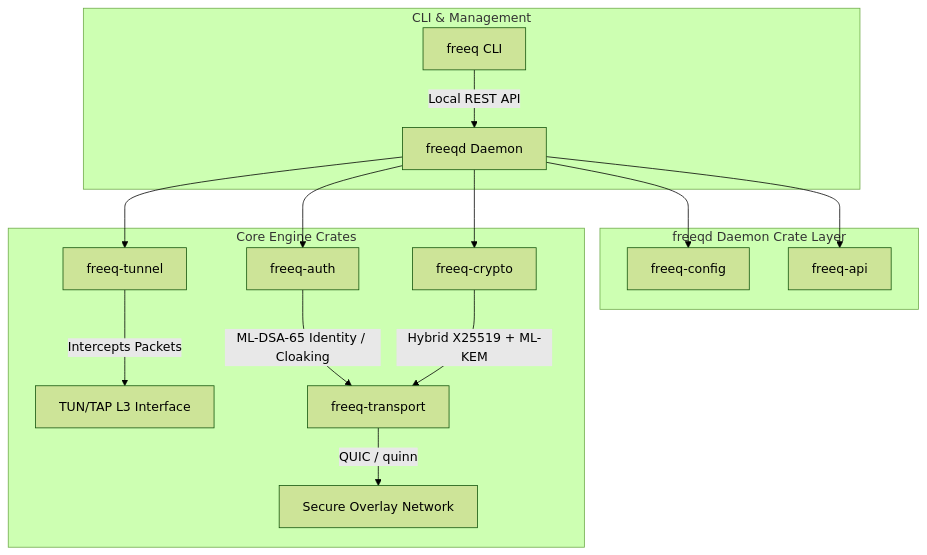
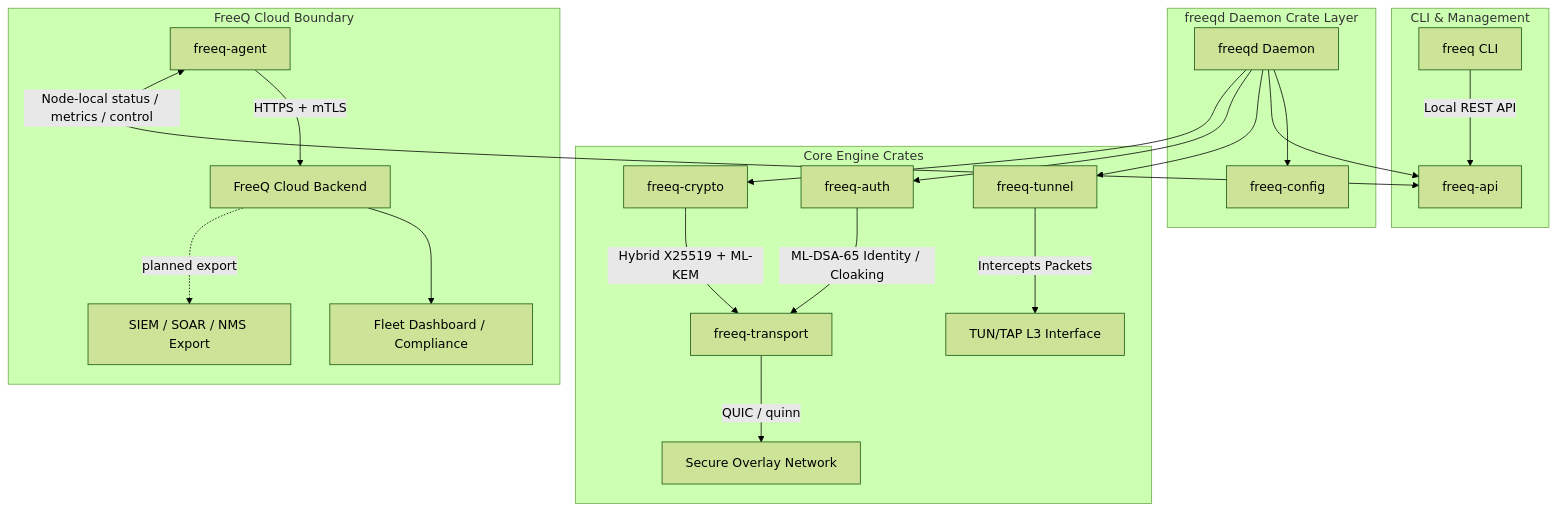
One commit to freeq-io/freeq-core changed the diagram in README.md. Above: the diagram before and after it, drawn with Mermaid (forest theme). The commit also changed other lines of this file and 4 other files, not shown here.

Commit message:
Add local validation and security export architecture docs

````diff
--- a/README.md
+++ b/README.md
@@ -78,22 +78,29 @@
 ```mermaid
 graph TD
     subgraph CLI ["CLI & Management"]
-        A["freeq CLI"] -->|Local REST API| B["freeqd Daemon"]
+        A["freeq CLI"] -->|Local REST API| D["freeq-api"]
     end
 
     subgraph Daemon ["freeqd Daemon Crate Layer"]
         B --> C["freeq-config"]
-        B --> D["freeq-api"]
+        B["freeqd Daemon"] --> D
     end
 
     subgraph Core ["Core Engine Crates"]
         E["freeq-tunnel"] -->|"Intercepts Packets"| F["TUN/TAP L3 Interface"]
         G["freeq-auth"] -->|"ML-DSA-65 Identity / Cloaking"| H["freeq-transport"]
         I["freeq-crypto"] -->|"Hybrid X25519 + ML-KEM"| H
         H -->|"QUIC / quinn"| J["Secure Overlay Network"]
     end
 
+    subgraph Cloud ["FreeQ Cloud Boundary"]
+        K["freeq-agent"] -->|"HTTPS + mTLS"| L["FreeQ Cloud Backend"]
+        L --> M["Fleet Dashboard / Compliance"]
+        L -.->|planned export| N["SIEM / SOAR / NMS Export"]
+    end
+
     B --> E
     B --> G
     B --> I
+    K <-->|"Node-local status / metrics / control"| D
 ```
````
